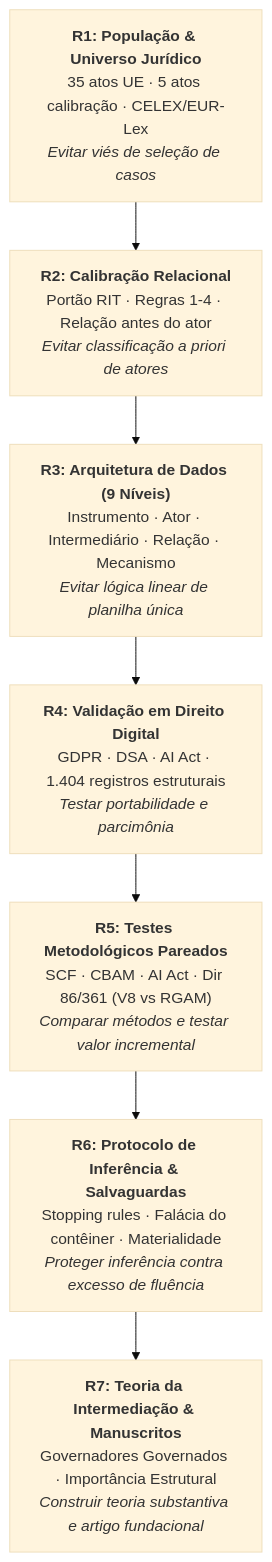
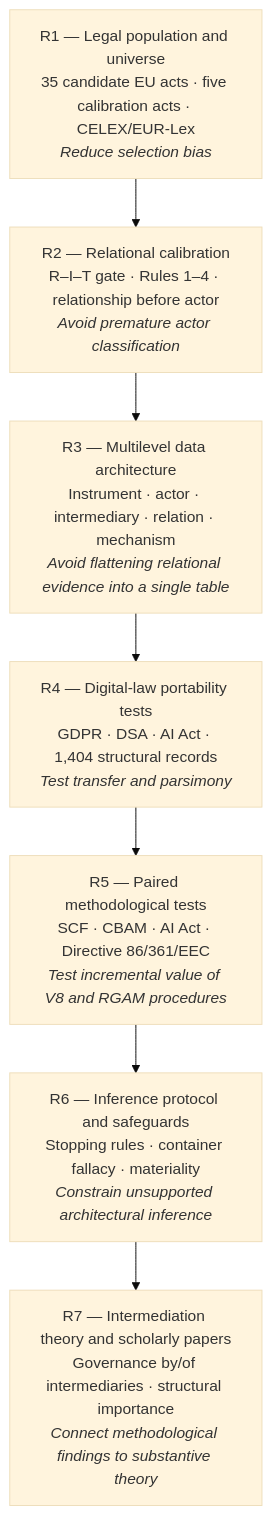
One commit to PRJ-REGULATORY-INTERMEDIARIES/Prf-David changed the diagram in README.md. Above: the diagram before and after it, drawn with Mermaid (base theme). The commit also changed other lines of this file, not shown here.

````diff
--- a/README.md
+++ b/README.md
@@ -44,9 +48,11 @@
 ```mermaid
 flowchart TD
-    R1["<b>R1: População & Universo Jurídico</b><br/>35 atos UE · 5 atos calibração · CELEX/EUR-Lex<br/><i>Evitar viés de seleção de casos</i>"] --> R2["<b>R2: Calibração Relacional</b><br/>Portão RIT · Regras 1-4 · Relação antes do ator<br/><i>Evitar classificação a priori de atores</i>"]
-    R2 --> R3["<b>R3: Arquitetura de Dados (9 Níveis)</b><br/>Instrumento · Ator · Intermediário · Relação · Mecanismo<br/><i>Evitar lógica linear de planilha única</i>"]
-    R3 --> R4["<b>R4: Validação em Direito Digital</b><br/>GDPR · DSA · AI Act · 1.404 registros estruturais<br/><i>Testar portabilidade e parcimônia</i>"]
-    R4 --> R5["<b>R5: Testes Metodológicos Pareados</b><br/>SCF · CBAM · AI Act · Dir 86/361 (V8 vs RGAM)<br/><i>Comparar métodos e testar valor incremental</i>"]
-    R5 --> R6["<b>R6: Protocolo de Inferência & Salvaguardas</b><br/>Stopping rules · Falácia do contêiner · Materialidade<br/><i>Proteger inferência contra excesso de fluência</i>"]
-    R6 --> R7["<b>R7: Teoria da Intermediação & Manuscritos</b><br/>Governadores Governados · Importância Estrutural<br/><i>Construir teoria substantiva e artigo fundacional</i>"]
+    R1["R1 — Legal population and universe<br/>35 candidate EU acts · five calibration acts · CELEX/EUR-Lex<br/><i>Reduce selection bias</i>"]
+    R2["R2 — Relational calibration<br/>R–I–T gate · Rules 1–4 · relationship before actor<br/><i>Avoid premature actor classification</i>"]
+    R3["R3 — Multilevel data architecture<br/>Instrument · actor · intermediary · relation · mechanism<br/><i>Avoid flattening relational evidence into a single table</i>"]
+    R4["R4 — Digital-law portability tests<br/>GDPR · DSA · AI Act · 1,404 structural records<br/><i>Test transfer and parsimony</i>"]
+    R5["R5 — Paired methodological tests<br/>SCF · CBAM · AI Act · Directive 86/361/EEC<br/><i>Test incremental value of V8 and RGAM procedures</i>"]
+    R6["R6 — Inference protocol and safeguards<br/>Stopping rules · container fallacy · materiality<br/><i>Constrain unsupported architectural inference</i>"]
+    R7["R7 — Intermediation theory and scholarly papers<br/>Governance by/of intermediaries · structural importance<br/><i>Connect methodological findings to substantive theory</i>"]
+    R1 --> R2 --> R3 --> R4 --> R5 --> R6 --> R7
 ```
````
